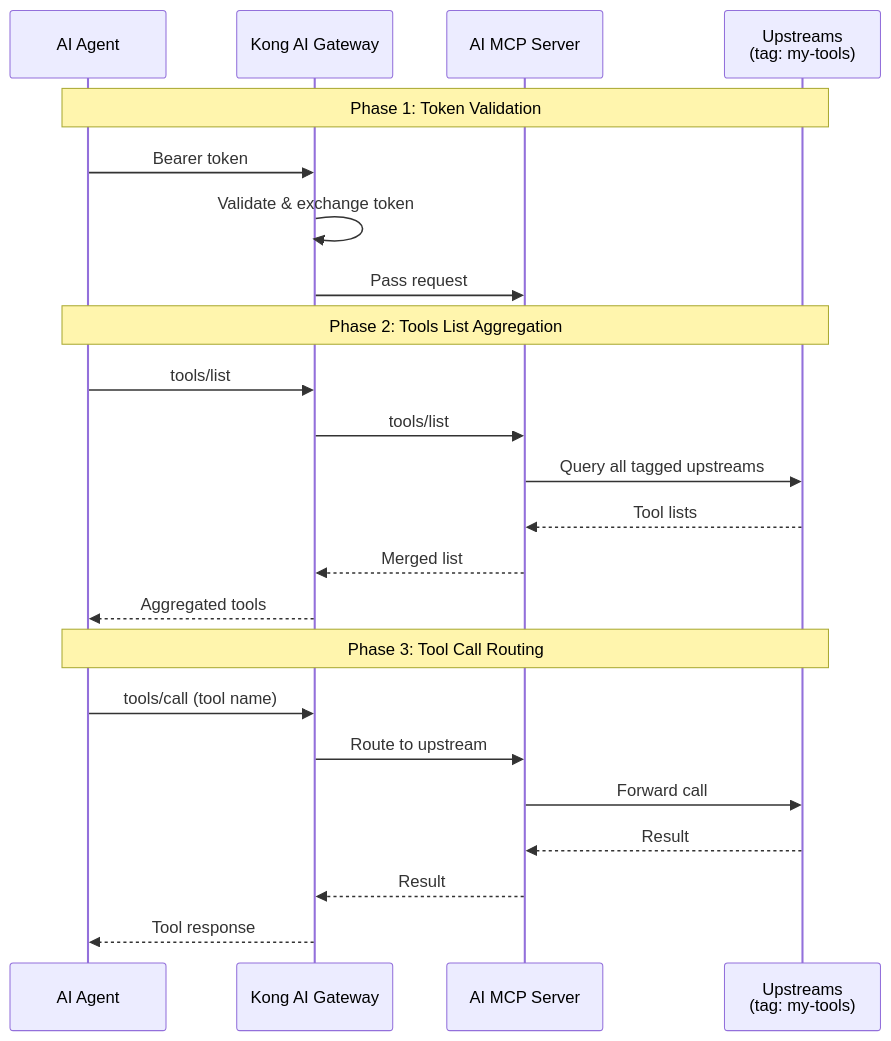
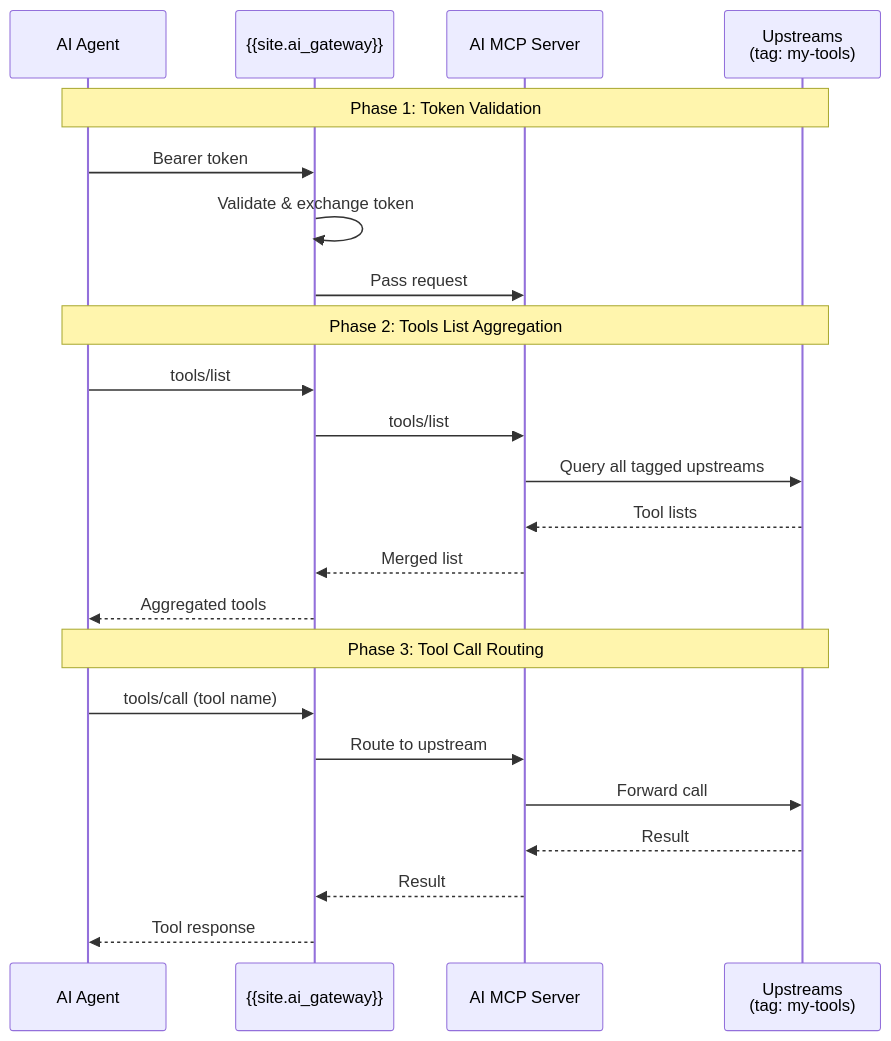
Before and after one commit to Kong/developer.konghq.com: the second of 3 diagrams in app/_ai_gateway_entities/ai-mcp-server.md, drawn with Mermaid. The commit also changed other lines of this file, not shown here.

```diff
--- a/app/_ai_gateway_entities/ai-mcp-server.md
+++ b/app/_ai_gateway_entities/ai-mcp-server.md
@@ -246,28 +246,28 @@
 {% mermaid %}
 sequenceDiagram
     participant Agent as AI Agent
-    participant Kong as Kong AI Gateway
+    participant Kong as {{site.ai_gateway}}
     participant Listener as AI MCP Server
     participant Upstreams as Upstreams<br/>(tag: my-tools)
 
     note over Agent,Upstreams: Phase 1: Token Validation
     Agent->>Kong: Bearer token
     Kong->>Kong: Validate & exchange token
     Kong->>Listener: Pass request
 
     note over Agent,Upstreams: Phase 2: Tools List Aggregation
     Agent->>Kong: tools/list
     Kong->>Listener: tools/list
     Listener->>Upstreams: Query all tagged upstreams
     Upstreams-->>Listener: Tool lists
     Listener-->>Kong: Merged list
     Kong-->>Agent: Aggregated tools
 
     note over Agent,Upstreams: Phase 3: Tool Call Routing
     Agent->>Kong: tools/call (tool name)
     Kong->>Listener: Route to upstream
     Listener->>Upstreams: Forward call
     Upstreams-->>Listener: Result
     Listener-->>Kong: Result
     Kong-->>Agent: Tool response
 {% endmermaid %}
```
